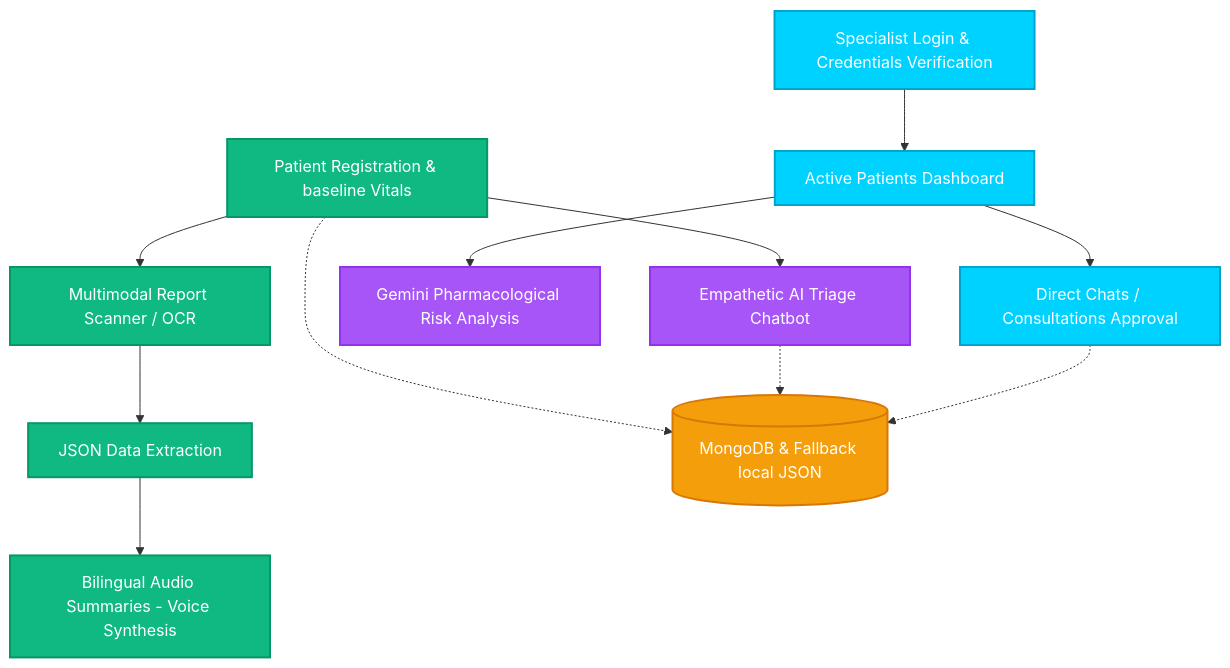
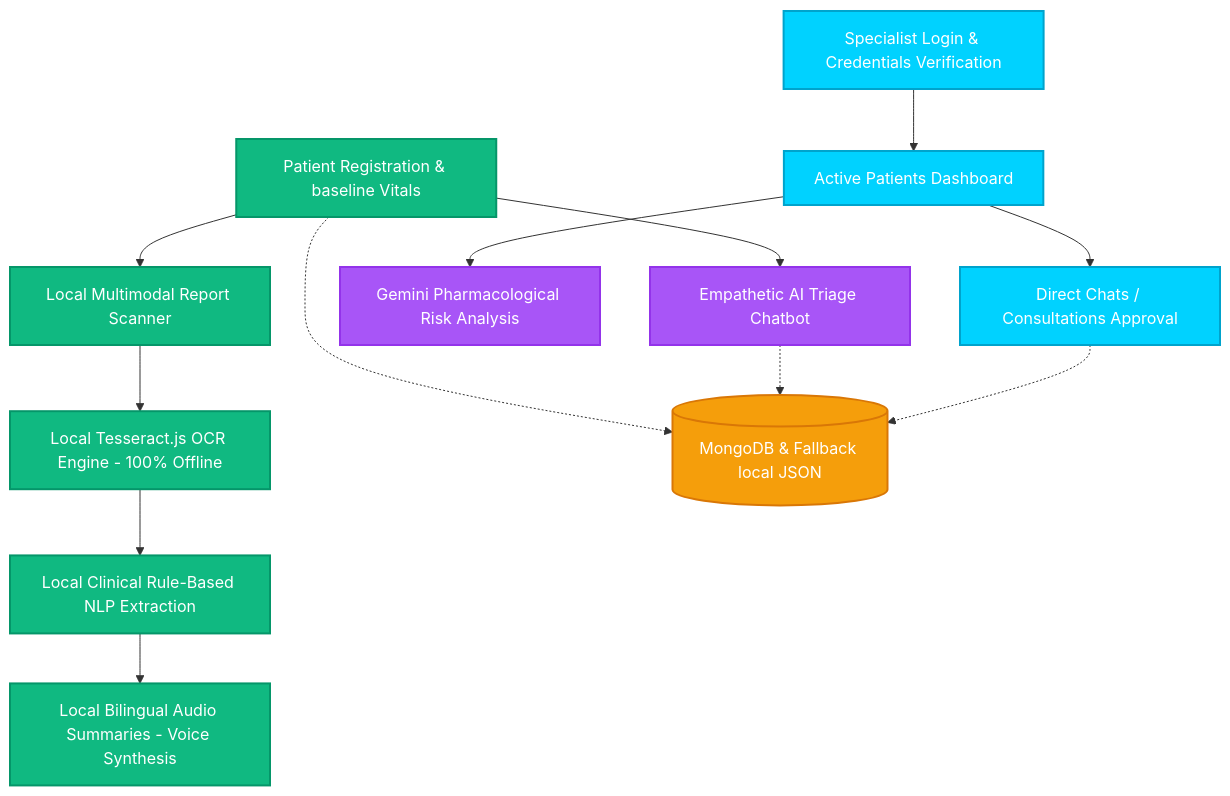
One commit to yogeshswami0/AI-DOCTOR changed the diagram in README.md. Above: the diagram before and after it, drawn with Mermaid. The commit also changed other lines of this file and 6 other files, not shown here.

Commit message:
feat: implement local zero-external-API OCR & clinical report parser using Tesseract.js

````diff
--- a/README.md
+++ b/README.md
@@ -9,30 +9,31 @@
 ```mermaid
 graph TD
     %% Define styles
     classDef patient fill:#10b981,stroke:#059669,stroke-width:2px,color:#fff;
     classDef doctor fill:#00d2ff,stroke:#00a3cc,stroke-width:2px,color:#fff;
     classDef ai fill:#a855f7,stroke:#9333ea,stroke-width:2px,color:#fff;
     classDef db fill:#f59e0b,stroke:#d97706,stroke-width:2px,color:#fff;
 
     %% Patient nodes
     P1[Patient Registration & baseline Vitals] --> P2[Empathetic AI Triage Chatbot]
-    P1 --> P3[Multimodal Report Scanner / OCR]
-    P3 --> P4[JSON Data Extraction]
-    P4 --> P5[Bilingual Audio Summaries - Voice Synthesis]
+    P1 --> P3[Local Multimodal Report Scanner]
+    P3 --> P3_OCR[Local Tesseract.js OCR Engine - 100% Offline]
+    P3_OCR --> P4[Local Clinical Rule-Based NLP Extraction]
+    P4 --> P5[Local Bilingual Audio Summaries - Voice Synthesis]
     
     %% Doctor nodes
     D1[Specialist Login & Credentials Verification] --> D2[Active Patients Dashboard]
     D2 --> D3[Gemini Pharmacological Risk Analysis]
     D2 --> D4[Direct Chats / Consultations Approval]
 
     %% Database syncing
     P1 -.-> DB[(MongoDB & Fallback local JSON)]
     P2 -.-> DB
     D4 -.-> DB
 
     %% Apply styles
-    class P1,P2,P3,P4,P5 patient;
+    class P1,P2,P3,P3_OCR,P4,P5 patient;
     class D1,D2,D3,D4 doctor;
     class P2,D3 ai;
     class DB db;
 ```
````
